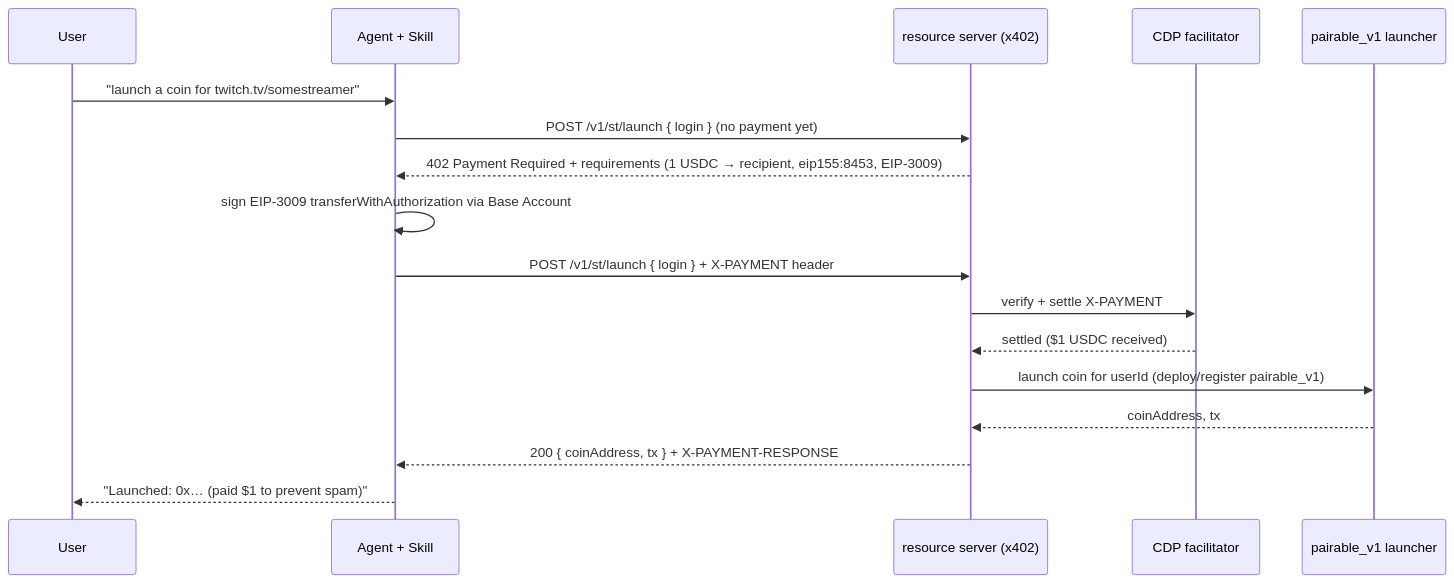
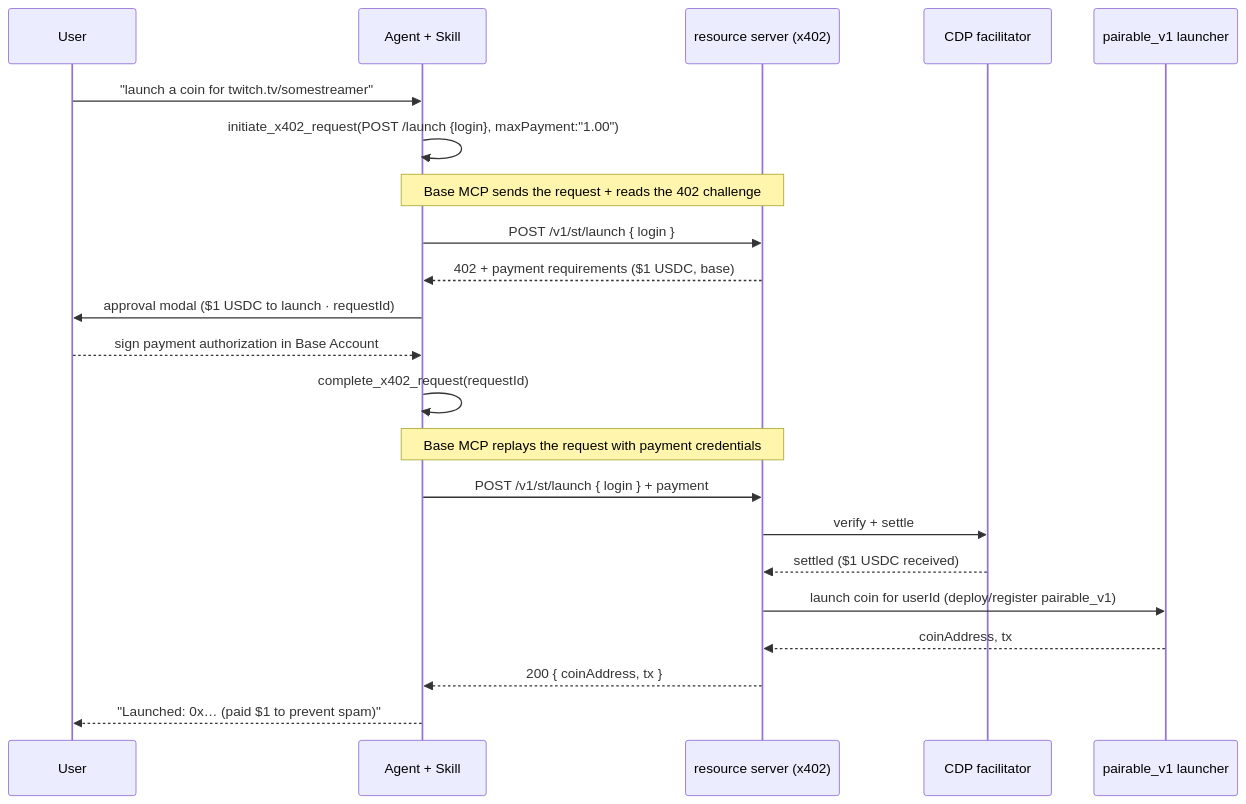
Before and after one commit to bobbyswhip/socialtwin-protocol: the third of 3 diagrams in integrations/base-mcp/ARCHITECTURE.md, drawn with Mermaid. The commit also changed other lines of this file and 4 other files, not shown here.

First line of the commit message:
design(base-mcp): correct x402 to Base MCP native tools (per docs guide)

````diff
--- a/integrations/base-mcp/ARCHITECTURE.md
+++ b/integrations/base-mcp/ARCHITECTURE.md
@@ -82,19 +83,24 @@
 ```mermaid
 sequenceDiagram
     participant U as User
     participant A as Agent + Skill
     participant R as resource server (x402)
     participant Fac as CDP facilitator
     participant L as pairable_v1 launcher
     U->>A: "launch a coin for twitch.tv/somestreamer"
-    A->>R: POST /v1/st/launch { login }  (no payment yet)
-    R-->>A: 402 Payment Required + requirements (1 USDC → recipient, eip155:8453, EIP-3009)
-    A->>A: sign EIP-3009 transferWithAuthorization via Base Account
-    A->>R: POST /v1/st/launch { login } + X-PAYMENT header
-    R->>Fac: verify + settle X-PAYMENT
+    A->>A: initiate_x402_request(POST /launch {login}, maxPayment:"1.00")
+    Note over A,R: Base MCP sends the request + reads the 402 challenge
+    A->>R: POST /v1/st/launch { login }
+    R-->>A: 402 + payment requirements ($1 USDC, base)
+    A->>U: approval modal ($1 USDC to launch · requestId)
+    U-->>A: sign payment authorization in Base Account
+    A->>A: complete_x402_request(requestId)
+    Note over A,R: Base MCP replays the request with payment credentials
+    A->>R: POST /v1/st/launch { login } + payment
+    R->>Fac: verify + settle
     Fac-->>R: settled ($1 USDC received)
     R->>L: launch coin for userId (deploy/register pairable_v1)
     L-->>R: coinAddress, tx
-    R-->>A: 200 { coinAddress, tx } + X-PAYMENT-RESPONSE
+    R-->>A: 200 { coinAddress, tx }
     A-->>U: "Launched: 0x… (paid $1 to prevent spam)"
 ```
````
